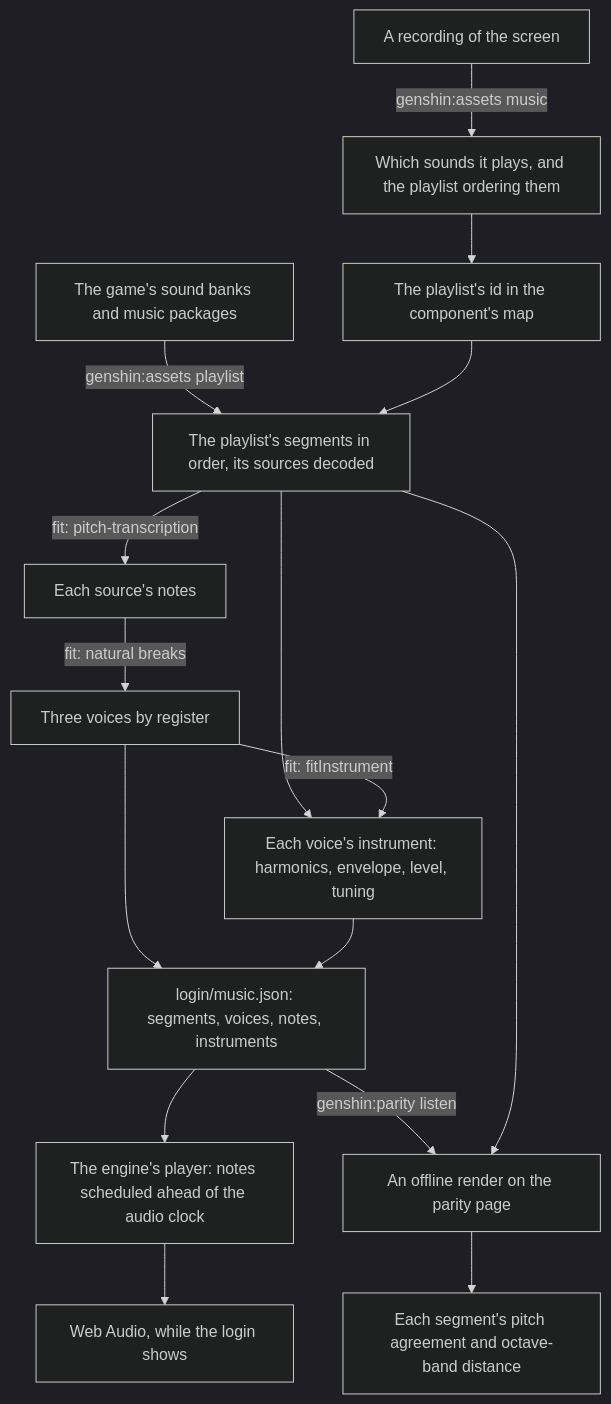
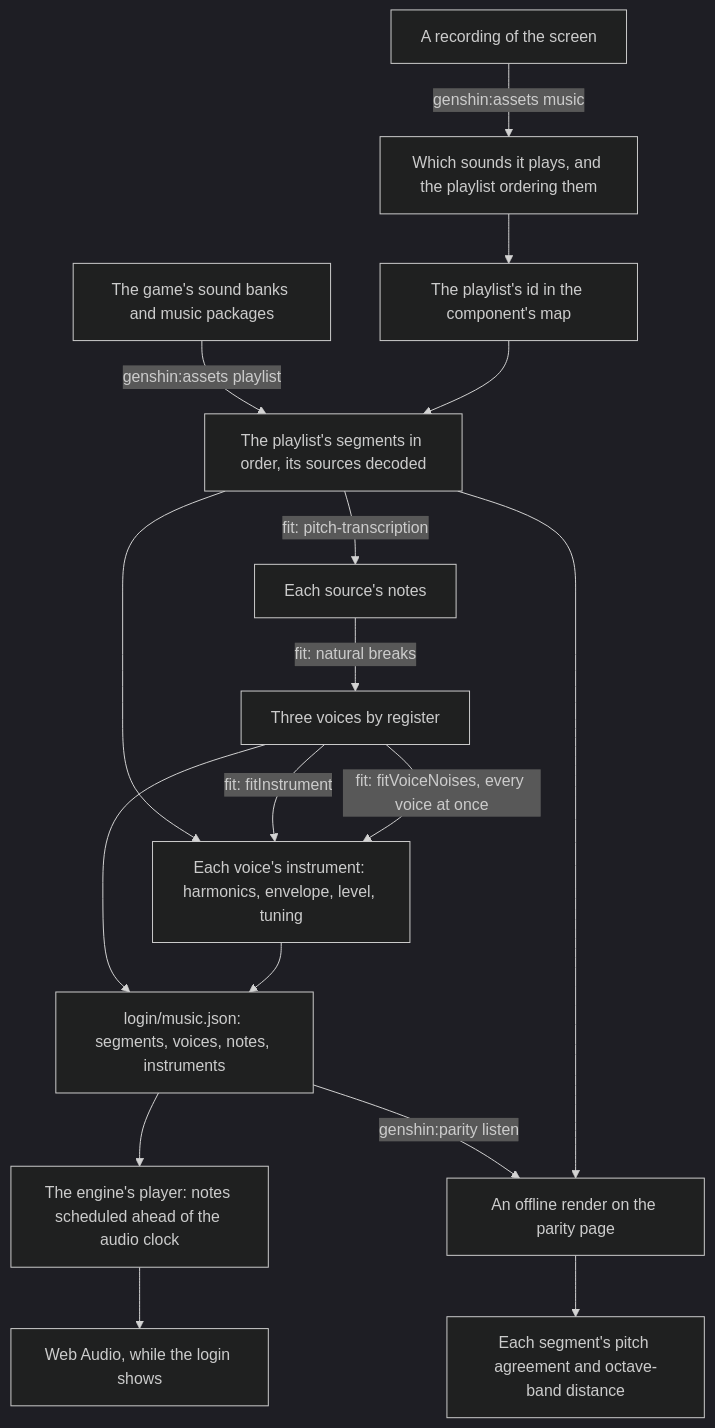
The diagram in apps/web/content/docs/genshin/music.md (Esposter/Esposter), drawn with Mermaid (dark theme) before and after one commit. The commit also changed other lines of this file and 23 other files, not shown here.

````diff
--- a/apps/web/content/docs/genshin/music.md
+++ b/apps/web/content/docs/genshin/music.md
@@ -12,18 +12,19 @@
 ```mermaid
 flowchart TD
   R["A recording of the screen"] -->|"genshin:assets music"| S["Which sounds it plays, and the playlist ordering them"]
   S --> M["The playlist's id in the component's map"]
   B["The game's sound banks and music packages"] -->|"genshin:assets playlist"| P["The playlist's segments in order, its sources decoded"]
   M --> P
   P -->|"fit: pitch-transcription"| N["Each source's notes"]
   N -->|"fit: natural breaks"| V["Three voices by register"]
   P --> I
   V -->|"fit: fitInstrument"| I["Each voice's instrument: harmonics, envelope, level, tuning"]
+  V -->|"fit: fitVoiceNoises, every voice at once"| I
   V --> J["login/music.json: segments, voices, notes, instruments"]
   I --> J
   J --> E["The engine's player: notes scheduled ahead of the audio clock"]
   E --> W["Web Audio, while the login shows"]
   J -->|"genshin:parity listen"| L["An offline render on the parity page"]
   P --> L
   L --> C["Each segment's pitch agreement and octave-band distance"]
 ```
````
